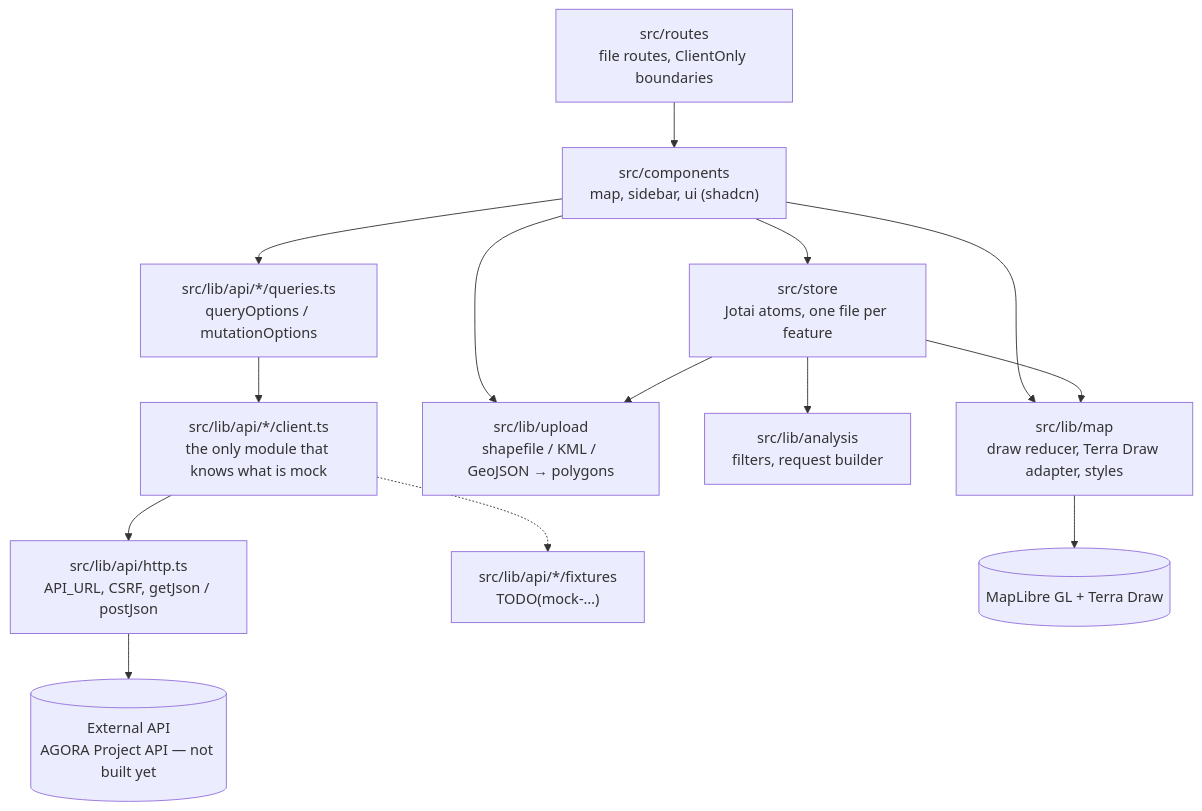
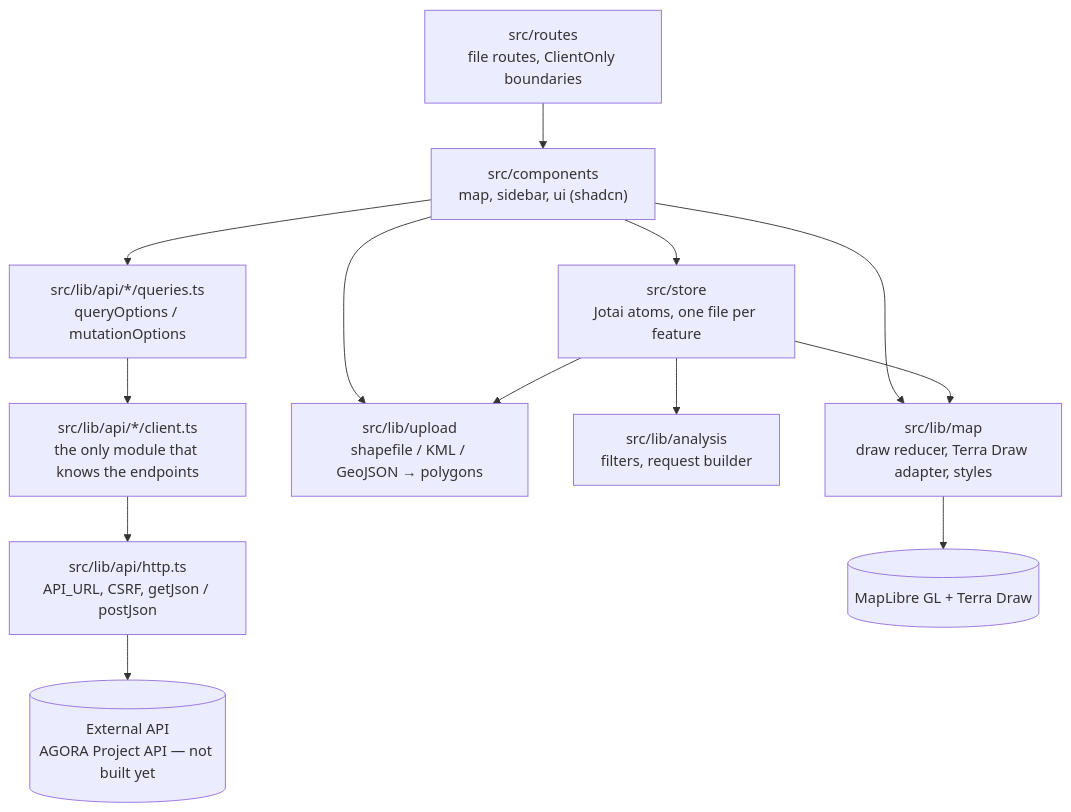
The diagram in README.md (Vizzuality/agora-paraguay), drawn with Mermaid before and after one commit. The commit also changed other lines of this file and 86 other files, not shown here.

````diff
--- a/README.md
+++ b/README.md
@@ -87,29 +87,27 @@
 ```mermaid
 flowchart TD
   routes["src/routes\nfile routes, ClientOnly boundaries"]
   components["src/components\nmap, sidebar, ui (shadcn)"]
   store["src/store\nJotai atoms, one file per feature"]
   map["src/lib/map\ndraw reducer, Terra Draw adapter, styles"]
   upload["src/lib/upload\nshapefile / KML / GeoJSON → polygons"]
   analysis["src/lib/analysis\nfilters, request builder"]
   queries["src/lib/api/*/queries.ts\nqueryOptions / mutationOptions"]
-  client["src/lib/api/*/client.ts\nthe only module that knows what is mock"]
+  client["src/lib/api/*/client.ts\nthe only module that knows the endpoints"]
   http["src/lib/api/http.ts\nAPI_URL, CSRF, getJson / postJson"]
-  fixtures["src/lib/api/*/fixtures\nTODO(mock-…)"]
   api[("External API\nAGORA Project API — not built yet")]
   maplibre[("MapLibre GL + Terra Draw")]
 
   routes --> components
   components --> store
   components --> queries
   components --> map
   components --> upload
   store --> map
   store --> analysis
   store --> upload
   queries --> client
   client --> http
-  client -.-> fixtures
   http --> api
   map --> maplibre
 ```
````
